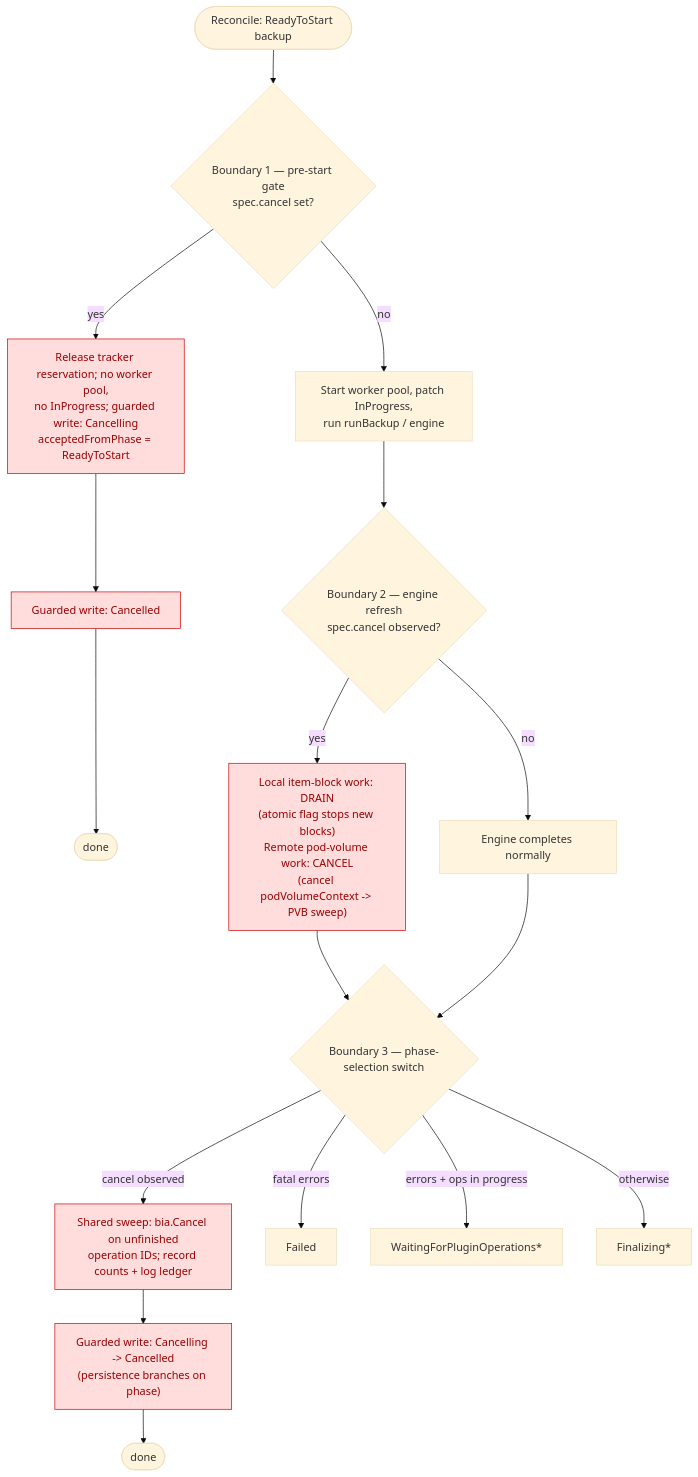
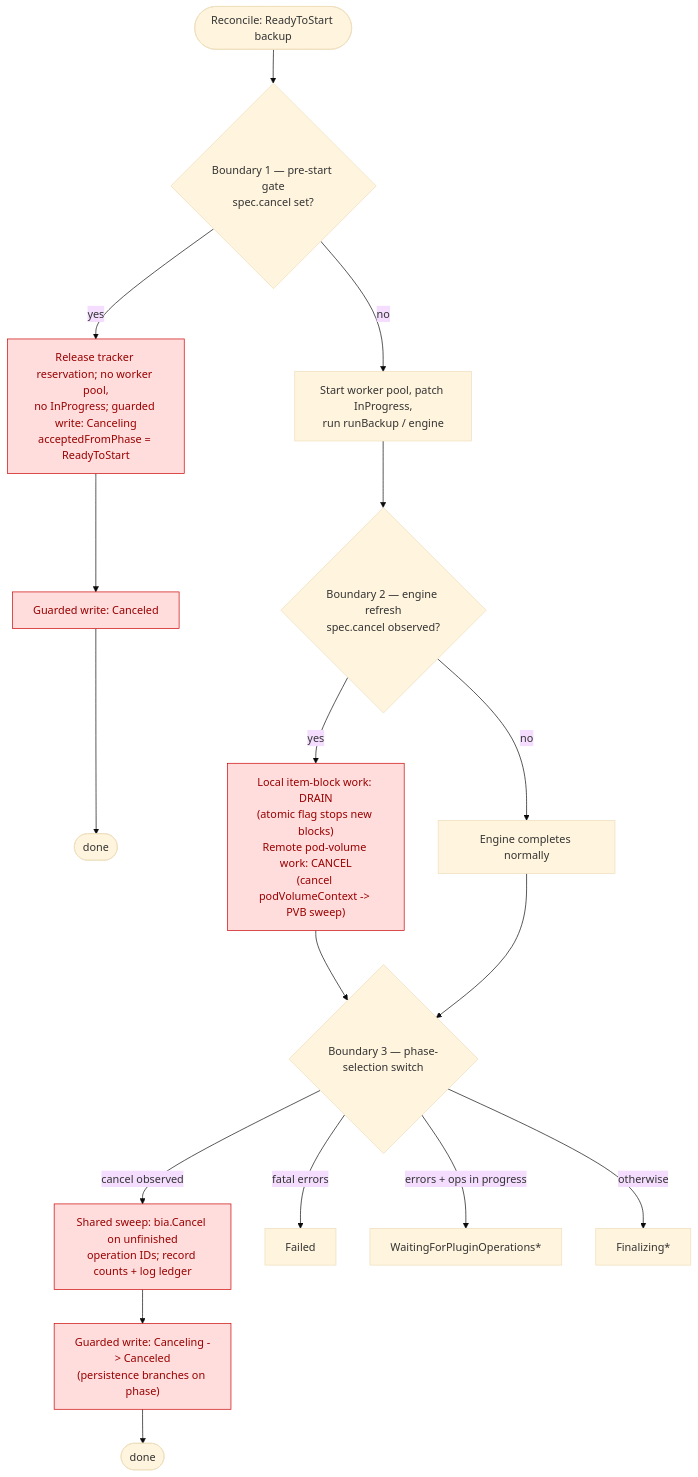
Before and after one commit to vmware-tanzu/velero: the third of 6 diagrams in design/backup-cancellation_design.md, drawn with Mermaid (base theme). The commit also changed other lines of this file, not shown here.

First line of the commit message:
Use US spelling (Canceling/Canceled) in backup cancellation design

````diff
--- a/design/backup-cancellation_design.md
+++ b/design/backup-cancellation_design.md
@@ -301,23 +301,23 @@
 ```mermaid
 flowchart TD
     Start([Reconcile: ReadyToStart backup]) --> B1{"Boundary 1 — pre-start gate<br/>spec.cancel set?"}
-    B1 -- yes --> P1["Release tracker reservation; no worker pool,<br/>no InProgress; guarded write: Cancelling<br/>acceptedFromPhase = ReadyToStart"]
-    P1 --> P2[Guarded write: Cancelled]
+    B1 -- yes --> P1["Release tracker reservation; no worker pool,<br/>no InProgress; guarded write: Canceling<br/>acceptedFromPhase = ReadyToStart"]
+    P1 --> P2[Guarded write: Canceled]
     P2 --> End1([done])
 
     B1 -- no --> Run["Start worker pool, patch InProgress,<br/>run runBackup / engine"]
     Run --> B2{"Boundary 2 — engine refresh<br/>spec.cancel observed?"}
     B2 -- yes --> Hybrid["Local item-block work: DRAIN<br/>(atomic flag stops new blocks)<br/>Remote pod-volume work: CANCEL<br/>(cancel podVolumeContext -> PVB sweep)"]
     B2 -- no --> Normal[Engine completes normally]
     Hybrid --> B3
     Normal --> B3{"Boundary 3 — phase-selection switch"}
     B3 -- cancel observed --> Sweep["Shared sweep: bia.Cancel on unfinished<br/>operation IDs; record counts + log ledger"]
-    Sweep --> CW["Guarded write: Cancelling -> Cancelled<br/>(persistence branches on phase)"]
+    Sweep --> CW["Guarded write: Canceling -> Canceled<br/>(persistence branches on phase)"]
     CW --> End2([done])
     B3 -- fatal errors --> F1[Failed]
     B3 -- "errors + ops in progress" --> F2["WaitingForPluginOperations*"]
     B3 -- otherwise --> F3["Finalizing*"]
 
     classDef cancel fill:#fdd,stroke:#c00,color:#900
     class P1,P2,Hybrid,Sweep,CW cancel
 ```
````
